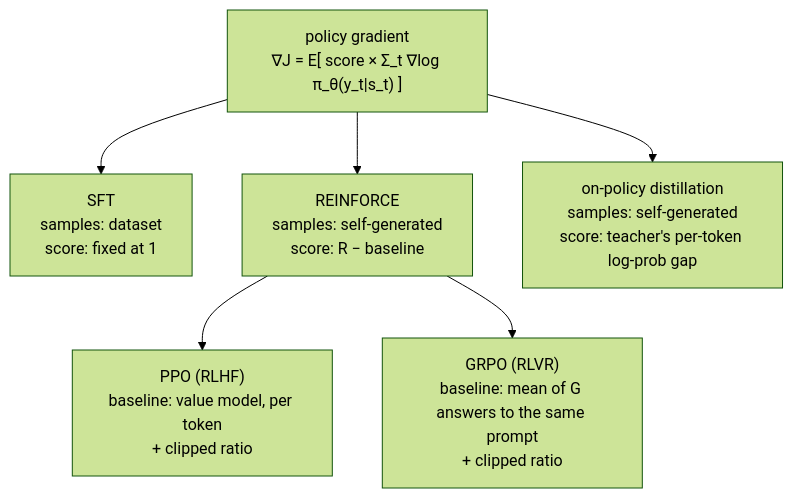
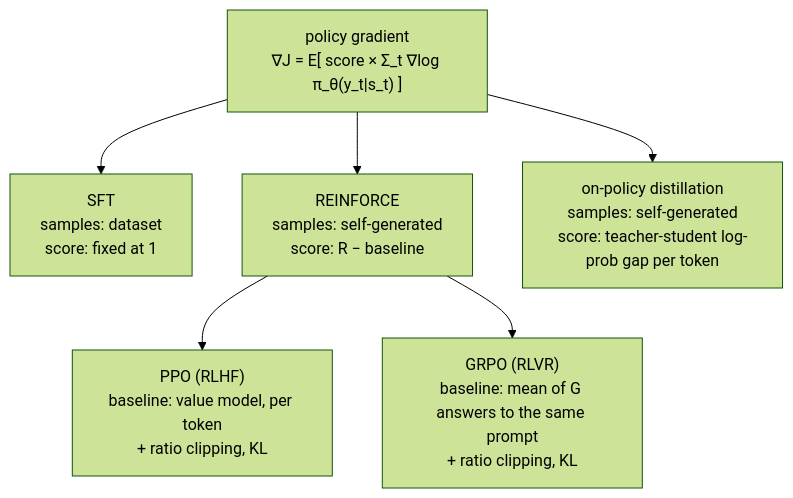
Before and after one commit to vincentxuu/quidproquo: the diagram in src/content/posts/ai/2026-09-29-cme295-rl-with-llms-en.md, drawn with Mermaid (forest theme). The commit also changed other lines of this file and 12 other files, not shown here.

````diff
--- a/src/content/posts/ai/2026-09-29-cme295-rl-with-llms-en.md
+++ b/src/content/posts/ai/2026-09-29-cme295-rl-with-llms-en.md
@@ -139,9 +456,9 @@
 ```mermaid
 flowchart TB
   PG["policy gradient<br/>∇J = E[ score × Σ_t ∇log π_θ(y_t|s_t) ]"]
   PG --> SFT["SFT<br/>samples: dataset<br/>score: fixed at 1"]
   PG --> RF["REINFORCE<br/>samples: self-generated<br/>score: R − baseline"]
-  RF --> PPO["PPO (RLHF)<br/>baseline: value model, per token<br/>+ clipped ratio"]
-  RF --> GRPO["GRPO (RLVR)<br/>baseline: mean of G answers to the same prompt<br/>+ clipped ratio"]
-  PG --> OPD["on-policy distillation<br/>samples: self-generated<br/>score: teacher's per-token log-prob gap"]
+  RF --> PPO["PPO (RLHF)<br/>baseline: value model, per token<br/>+ ratio clipping, KL"]
+  RF --> GRPO["GRPO (RLVR)<br/>baseline: mean of G answers to the same prompt<br/>+ ratio clipping, KL"]
+  PG --> OPD["on-policy distillation<br/>samples: self-generated<br/>score: teacher-student log-prob gap per token"]
 ```
````
